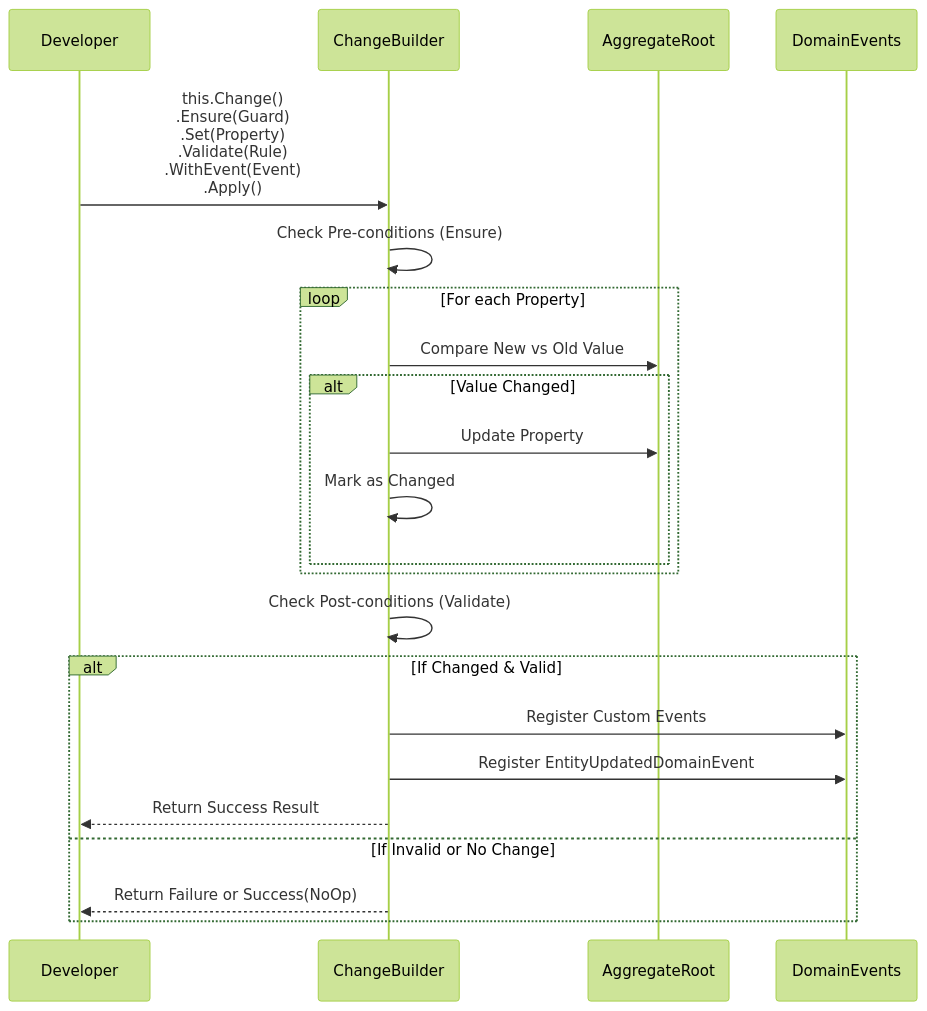
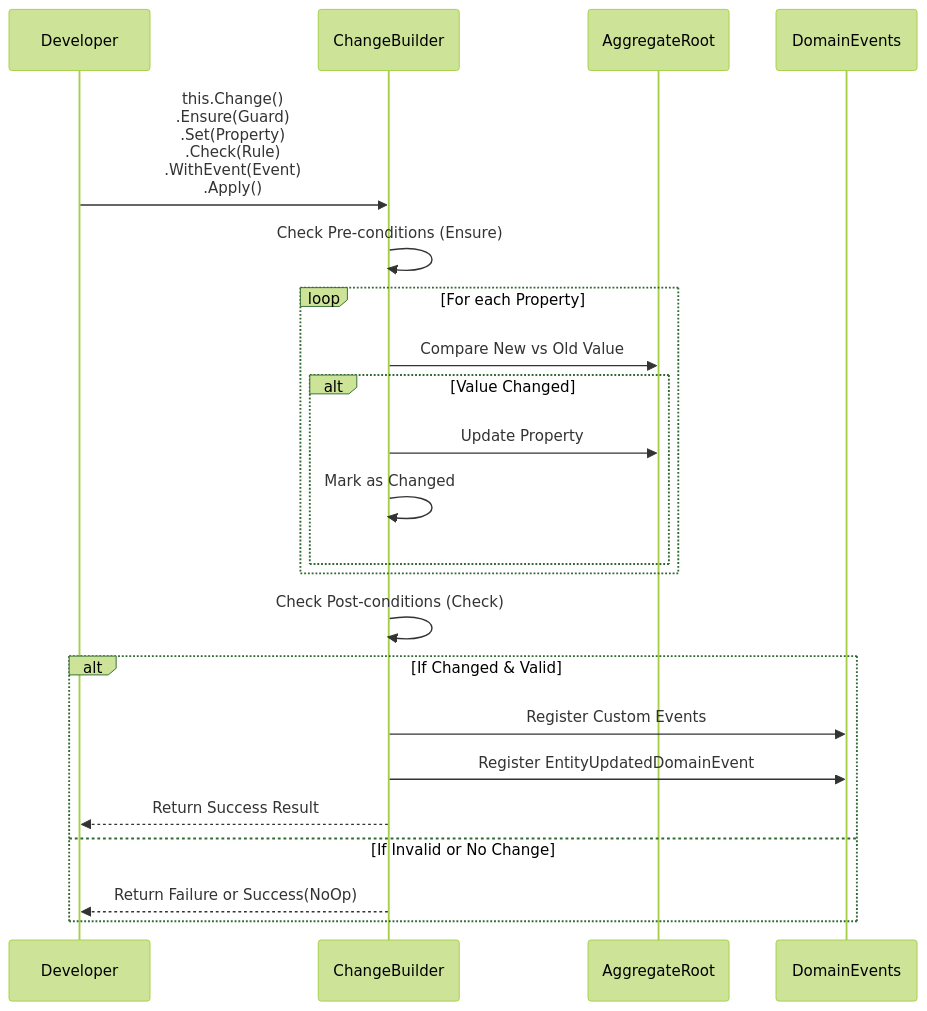
Before and after one commit to BridgingIT-GmbH/bITdevKit: the third of 3 diagrams in docs/features-domain.md, drawn with Mermaid (forest theme). The commit also changed other lines of this file and 3 other files, not shown here.

First line of the commit message:
Add global When() guard and rename Validate to Check

````diff
--- a/docs/features-domain.md
+++ b/docs/features-domain.md
@@ -227,29 +227,29 @@
 ```mermaid
 sequenceDiagram
     participant Dev as Developer
     participant Builder as ChangeBuilder
     participant Agg as AggregateRoot
     participant Events as DomainEvents
 
-    Dev->>Builder: this.Change()<br/>.Ensure(Guard)<br/>.Set(Property)<br/>.Validate(Rule)<br/>.WithEvent(Event)<br/>.Apply()
+    Dev->>Builder: this.Change()<br/>.Ensure(Guard)<br/>.Set(Property)<br/>.Check(Rule)<br/>.WithEvent(Event)<br/>.Apply()
     
     Builder->>Builder: Check Pre-conditions (Ensure)
     
     loop For each Property
         Builder->>Agg: Compare New vs Old Value
         alt Value Changed
             Builder->>Agg: Update Property
             Builder->>Builder: Mark as Changed
         end
     end
 
-    Builder->>Builder: Check Post-conditions (Validate)
+    Builder->>Builder: Check Post-conditions (Check)
     
     alt If Changed & Valid
         Builder->>Events: Register Custom Events
         Builder->>Events: Register EntityUpdatedDomainEvent
         Builder-->>Dev: Return Success Result
     else If Invalid or No Change
         Builder-->>Dev: Return Failure or Success(NoOp)
     end
 ```
````
